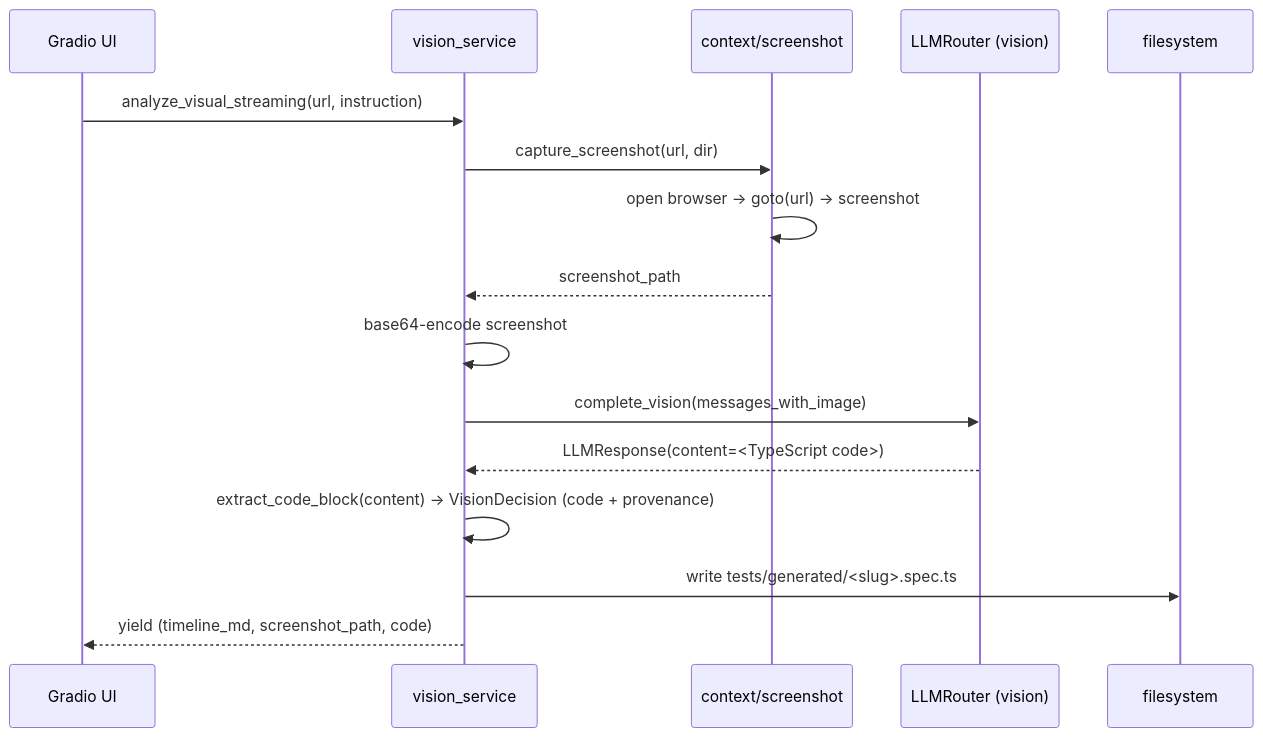
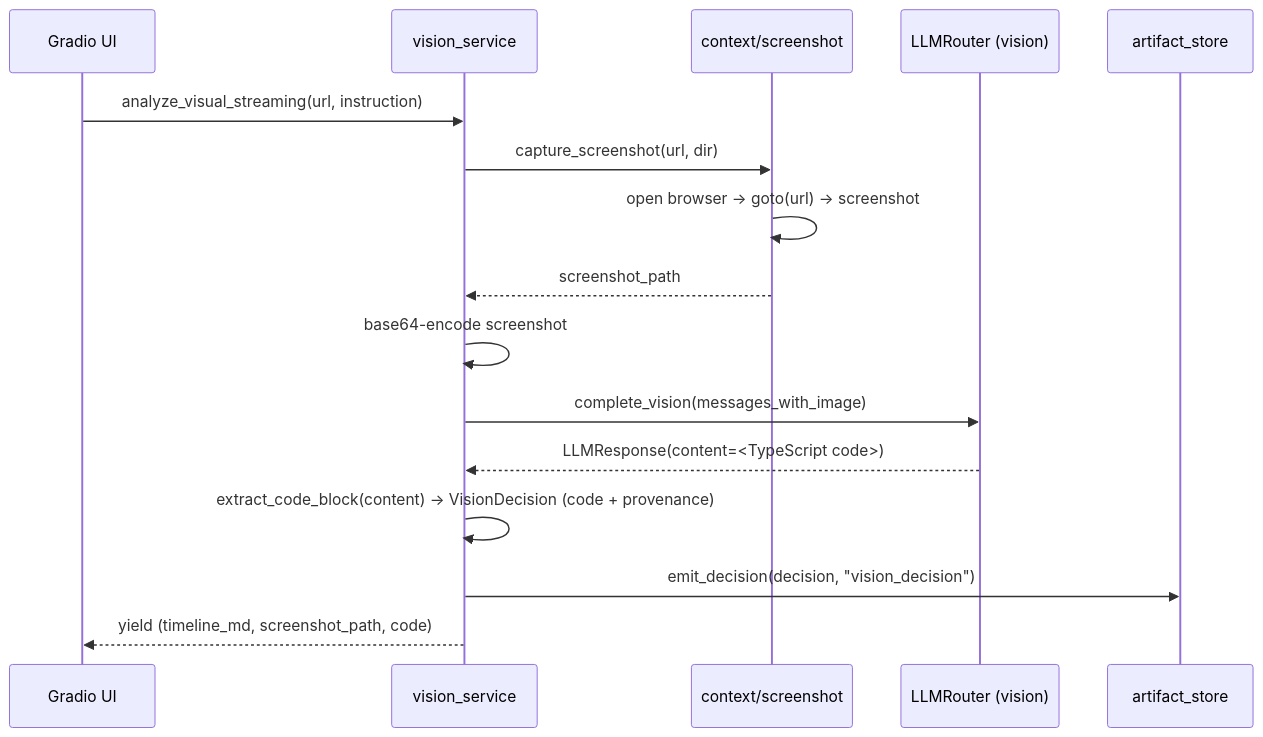
The second of 2 diagrams in docs/architecture/generation.md (yashwant-das/testing-llm-automation-engine), drawn with Mermaid before and after one commit. The commit also changed other lines of this file and 29 other files, not shown here.

````diff
--- a/docs/architecture/generation.md
+++ b/docs/architecture/generation.md
@@ -105,19 +105,19 @@
 ```mermaid
 sequenceDiagram
     participant UI as Gradio UI
     participant SVC as vision_service
     participant SCR as context/screenshot
     participant LLM as LLMRouter (vision)
-    participant FS as filesystem
+    participant ART as artifact_store
 
     UI->>SVC: analyze_visual_streaming(url, instruction)
     SVC->>SCR: capture_screenshot(url, dir)
     SCR->>SCR: open browser → goto(url) → screenshot
     SCR-->>SVC: screenshot_path
     SVC->>SVC: base64-encode screenshot
     SVC->>LLM: complete_vision(messages_with_image)
     LLM-->>SVC: LLMResponse(content=<TypeScript code>)
     SVC->>SVC: extract_code_block(content) → VisionDecision (code + provenance)
-    SVC->>FS: write tests/generated/<slug>.spec.ts
+    SVC->>ART: emit_decision(decision, "vision_decision")
     SVC-->>UI: yield (timeline_md, screenshot_path, code)
 ```
````
